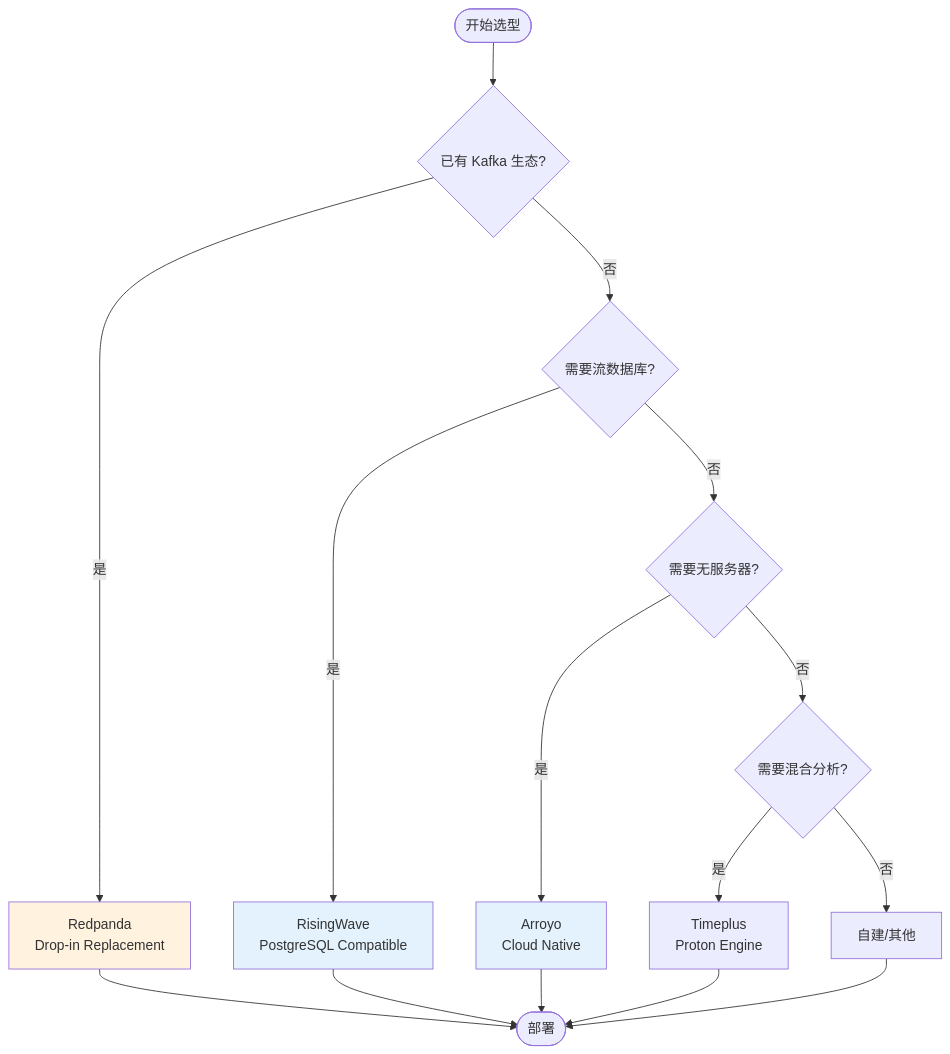
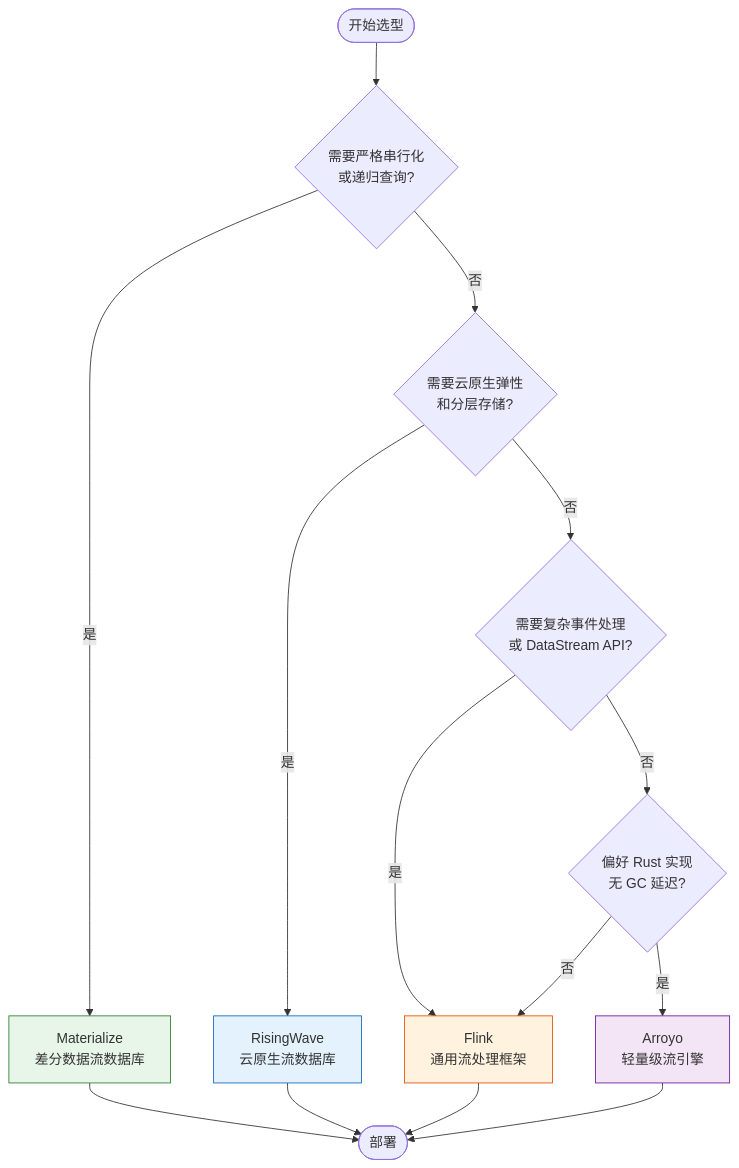
One commit to AdaMartin18010/AnalysisDataFlow changed the seventh of 7 diagrams in Knowledge/06-frontier/rust-streaming-ecosystem.md. Above: the diagram before and after it, drawn with Mermaid. The commit also changed other lines of this file and 20 other files, not shown here.

````diff
--- a/Knowledge/06-frontier/rust-streaming-ecosystem.md
+++ b/Knowledge/06-frontier/rust-streaming-ecosystem.md
@@ -550,26 +950,26 @@
 ```mermaid
 flowchart TD
-    Start([开始选型]) --> Q1{已有 Kafka 生态?}
+    Start([开始选型]) --> Q1{需要严格串行化<br/>或递归查询?}
 
-    Q1 -->|是| Redpanda[Redpanda<br/>Drop-in Replacement]
-    Q1 -->|否| Q2{需要流数据库?}
+    Q1 -->|是| MZ[Materialize<br/>差分数据流数据库]
+    Q1 -->|否| Q2{需要云原生弹性<br/>和分层存储?}
 
-    Q2 -->|是| RisingWave[RisingWave<br/>PostgreSQL Compatible]
-    Q2 -->|否| Q3{需要无服务器?}
+    Q2 -->|是| RW[RisingWave<br/>云原生流数据库]
+    Q2 -->|否| Q3{需要复杂事件处理<br/>或 DataStream API?}
 
-    Q3 -->|是| Arroyo[Arroyo<br/>Cloud Native]
-    Q3 -->|否| Q4{需要混合分析?}
+    Q3 -->|是| F[Flink<br/>通用流处理框架]
+    Q3 -->|否| Q4{偏好 Rust 实现<br/>无 GC 延迟?}
 
-    Q4 -->|是| Timeplus[Timeplus<br/>Proton Engine]
-    Q4 -->|否| Custom[自建/其他]
+    Q4 -->|是| Arroyo[Arroyo<br/>轻量级流引擎]
+    Q4 -->|否| F
 
-    Redpanda --> End1([部署])
-    RisingWave --> End1
+    MZ --> End1([部署])
+    RW --> End1
+    F --> End1
     Arroyo --> End1
-    Timeplus --> End1
-    Custom --> End1
 
-    style RisingWave fill:#e3f2fd
-    style Arroyo fill:#e3f2fd
-    style Redpanda fill:#fff3e0
+    style MZ fill:#e8f5e9,stroke:#2e7d32
+    style RW fill:#e3f2fd,stroke:#1565c0
+    style F fill:#fff3e0,stroke:#e65100
+    style Arroyo fill:#f3e5f5,stroke:#6a1b9a
 ```
````
